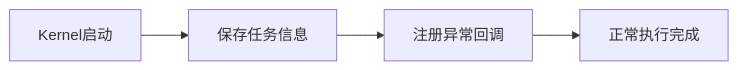
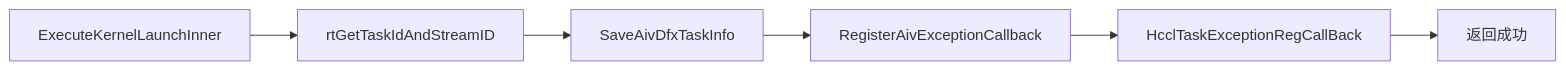
The first of 8 diagrams in docs/AIV_Task_Exception_Handler_Design.md (libochao-huawei/HCCL), drawn with Mermaid before and after one commit. The commit also changed other lines of this file, not shown here.

````diff
--- a/docs/AIV_Task_Exception_Handler_Design.md
+++ b/docs/AIV_Task_Exception_Handler_Design.md
@@ -133,6 +133,8 @@
 ```mermaid
 flowchart LR
-    A[Kernel启动] --> B[保存任务信息]
-    B --> C[注册异常回调]
-    C --> D[正常执行完成]
+    A[ExecuteKernelLaunchInner] --> B[rtGetTaskIdAndStreamID]
+    B --> C[SaveAivDfxTaskInfo]
+    C --> D[RegisterAivExceptionCallback]
+    D --> E[HcclTaskExceptionRegCallBack]
+    E --> F[返回成功]
 ```
````
